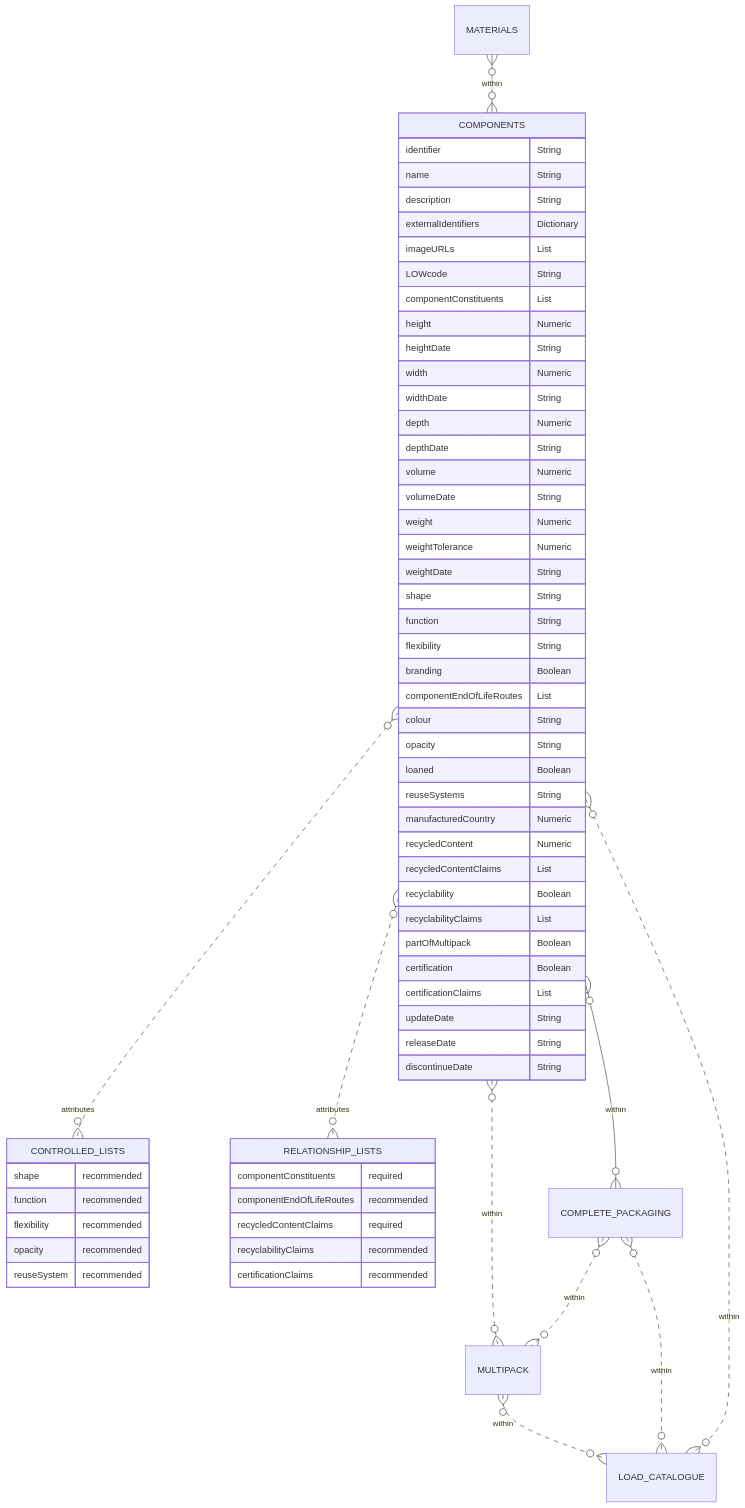
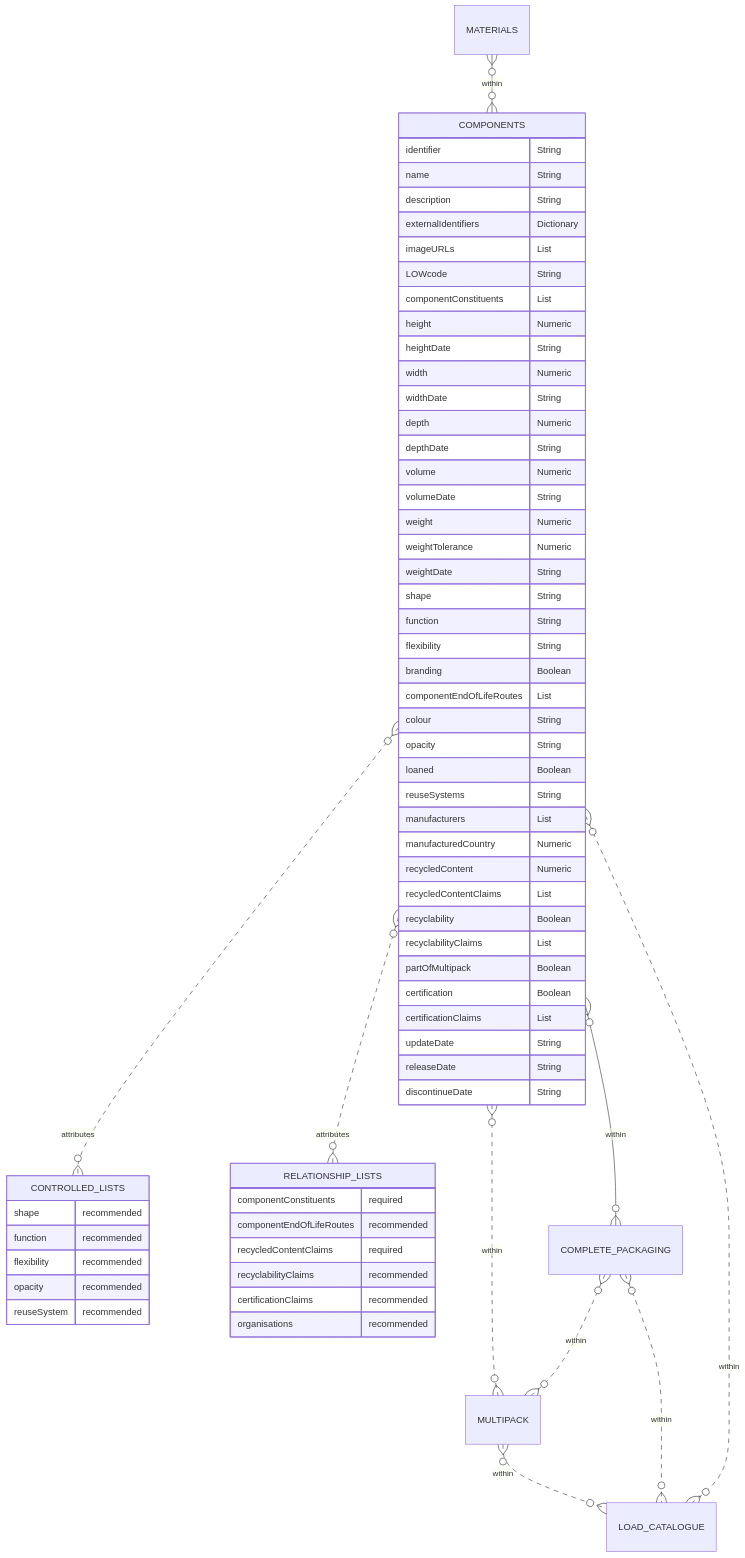
Before and after one commit to OpenDataManchester/Open3P: the diagram in docs/3_Data_Specification/3_3_Components.md, drawn with Mermaid. The commit also changed other lines of this file, not shown here.

Commit message:
Added organisations to components

````diff
--- a/docs/3_Data_Specification/3_3_Components.md
+++ b/docs/3_Data_Specification/3_3_Components.md
@@ -55,66 +56,68 @@
 ``` mermaid
 erDiagram
 MATERIALS }o--o{ COMPONENTS : within
   COMPONENTS {
     identifier String
     name String
     description String
     externalIdentifiers Dictionary
     imageURLs List
     LOWcode String
     componentConstituents List
     height Numeric
     heightDate String
     width Numeric
     widthDate String
     depth Numeric
     depthDate String
     volume Numeric
     volumeDate String
     weight Numeric
     weightTolerance Numeric
     weightDate String
     shape String
     function String
     flexibility String
     branding Boolean
     componentEndOfLifeRoutes List
     colour String
     opacity String
     loaned Boolean
     reuseSystems String
+    manufacturers List
     manufacturedCountry Numeric
     recycledContent Numeric
     recycledContentClaims List
     recyclability Boolean
     recyclabilityClaims List
     partOfMultipack Boolean
     certification Boolean
     certificationClaims List
     updateDate String
     releaseDate String
     discontinueDate String
   }
   COMPONENTS }o..o{ CONTROLLED_LISTS : attributes
   COMPONENTS }o..o{ RELATIONSHIP_LISTS : attributes
   COMPONENTS }o--o{ COMPLETE_PACKAGING : within
   COMPONENTS }o..o{ MULTIPACK : within
   MULTIPACK }o..o{ LOAD_CATALOGUE : within
   COMPLETE_PACKAGING }o..o{ MULTIPACK : within
   COMPLETE_PACKAGING }o..o{ LOAD_CATALOGUE : within
   COMPONENTS }o..o{ LOAD_CATALOGUE : within
     CONTROLLED_LISTS {
     shape recommended
     function recommended
     flexibility recommended
     opacity recommended
     reuseSystem recommended
   }
   RELATIONSHIP_LISTS {
     componentConstituents required
     componentEndOfLifeRoutes recommended
     recycledContentClaims required
     recyclabilityClaims recommended
     certificationClaims recommended
+    organisations recommended
   }
 ```
````
